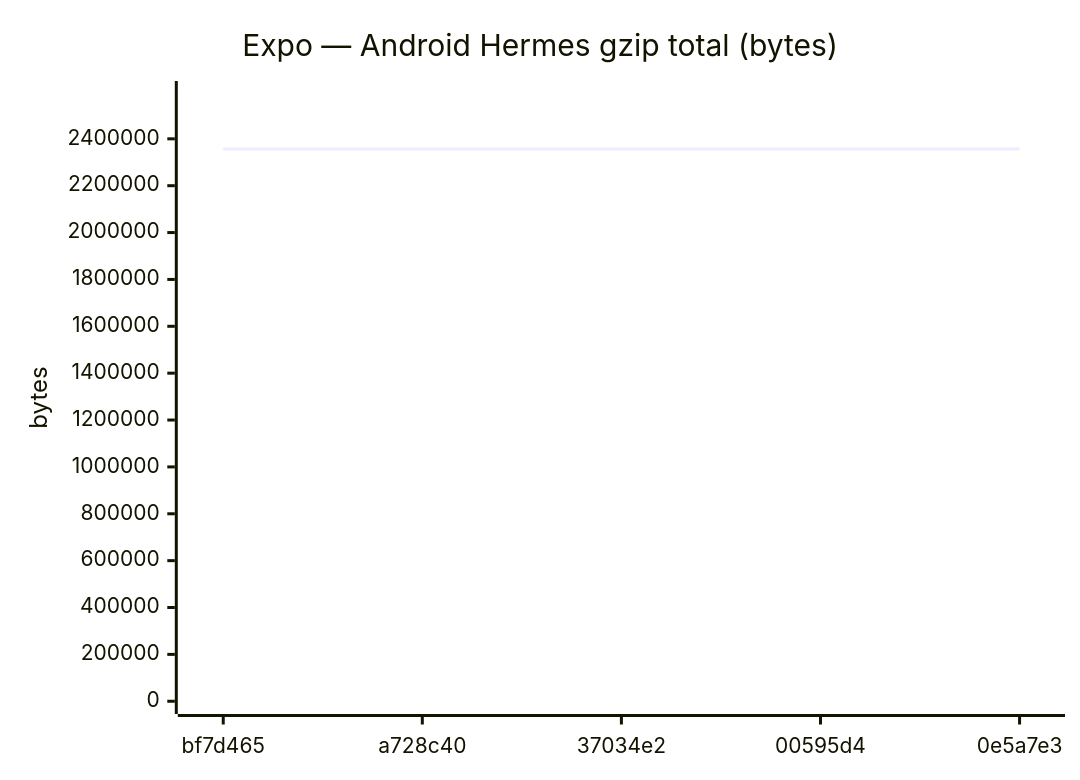
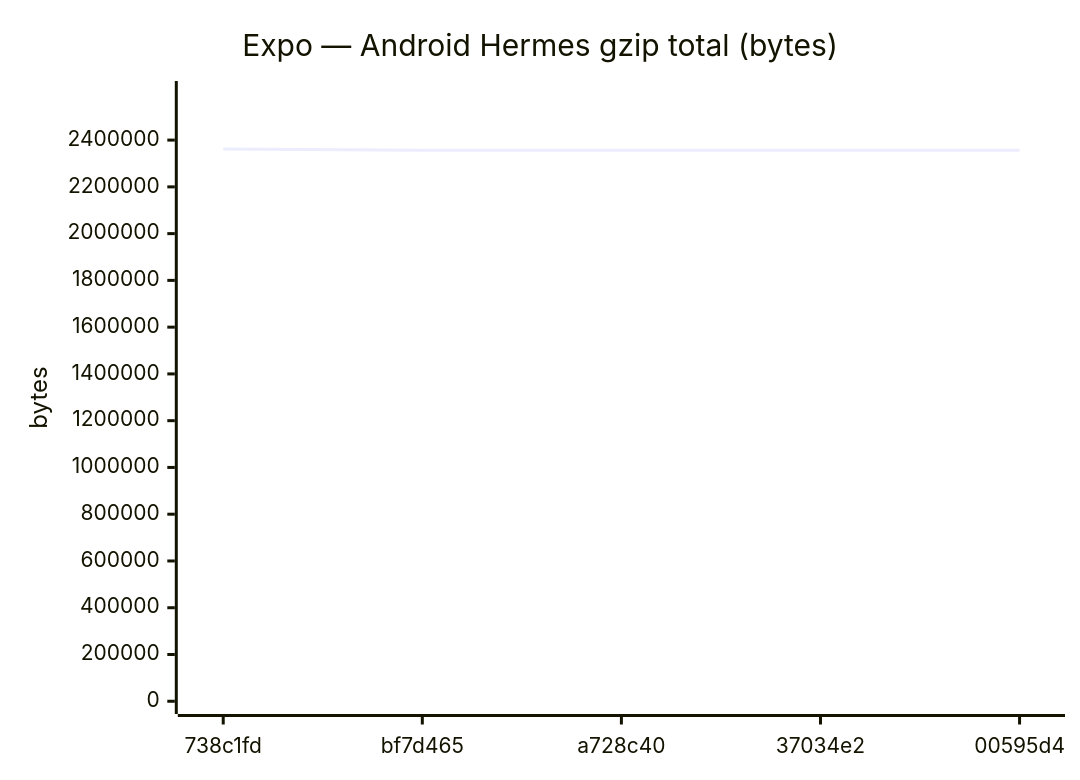
One commit to Metaheurist/Rianell changed diagram 15 of 24 in benchmarks/compare.md. Above: the diagram before and after it, drawn with Mermaid. The commit also changed other lines of this file and 13 other files, not shown here.

````diff
--- a/benchmarks/compare.md
+++ b/benchmarks/compare.md
@@ -221,7 +221,7 @@
 ```mermaid
 xychart-beta
     title "Expo — Android Hermes gzip total (bytes)"
-    x-axis ["bf7d465", "a728c40", "37034e2", "00595d4", "0e5a7e3"]
-    y-axis "bytes" 0 --> 2592355
-    line [2356686, 2356685, 2356472, 2356474, 2356472]
+    x-axis ["738c1fd", "bf7d465", "a728c40", "37034e2", "00595d4"]
+    y-axis "bytes" 0 --> 2598252
+    line [2362047, 2356686, 2356685, 2356472, 2356474]
 ```
````
